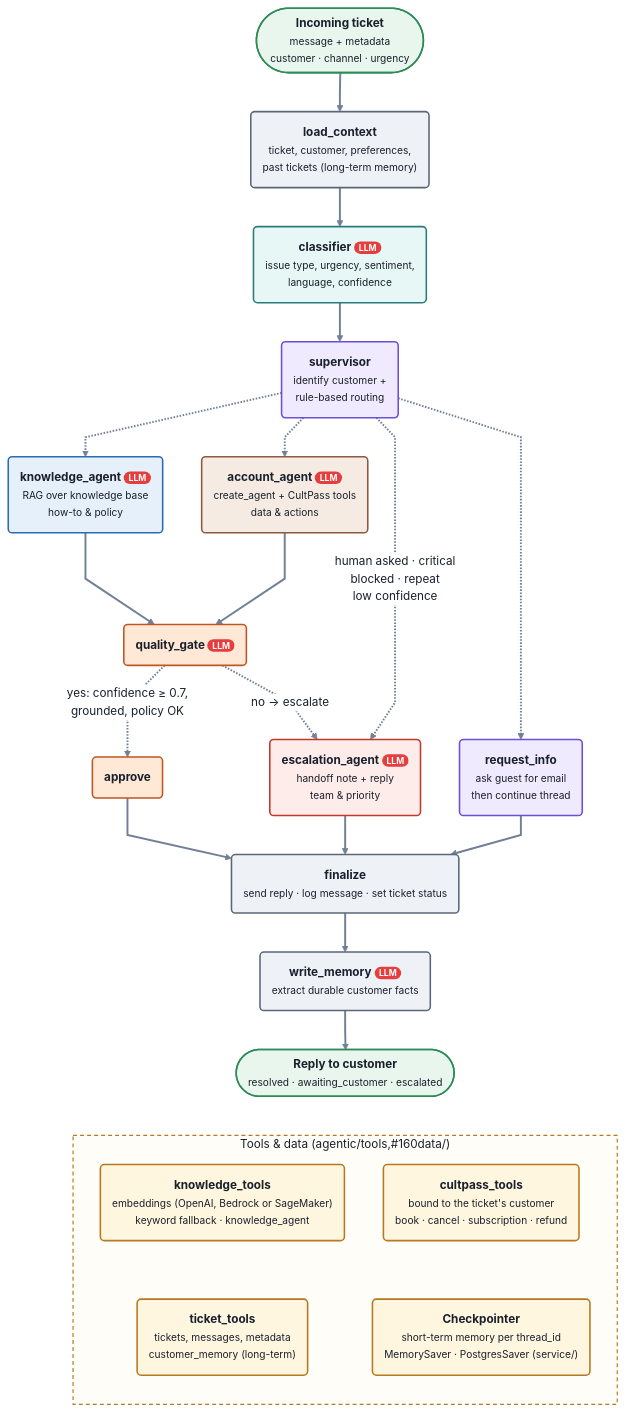
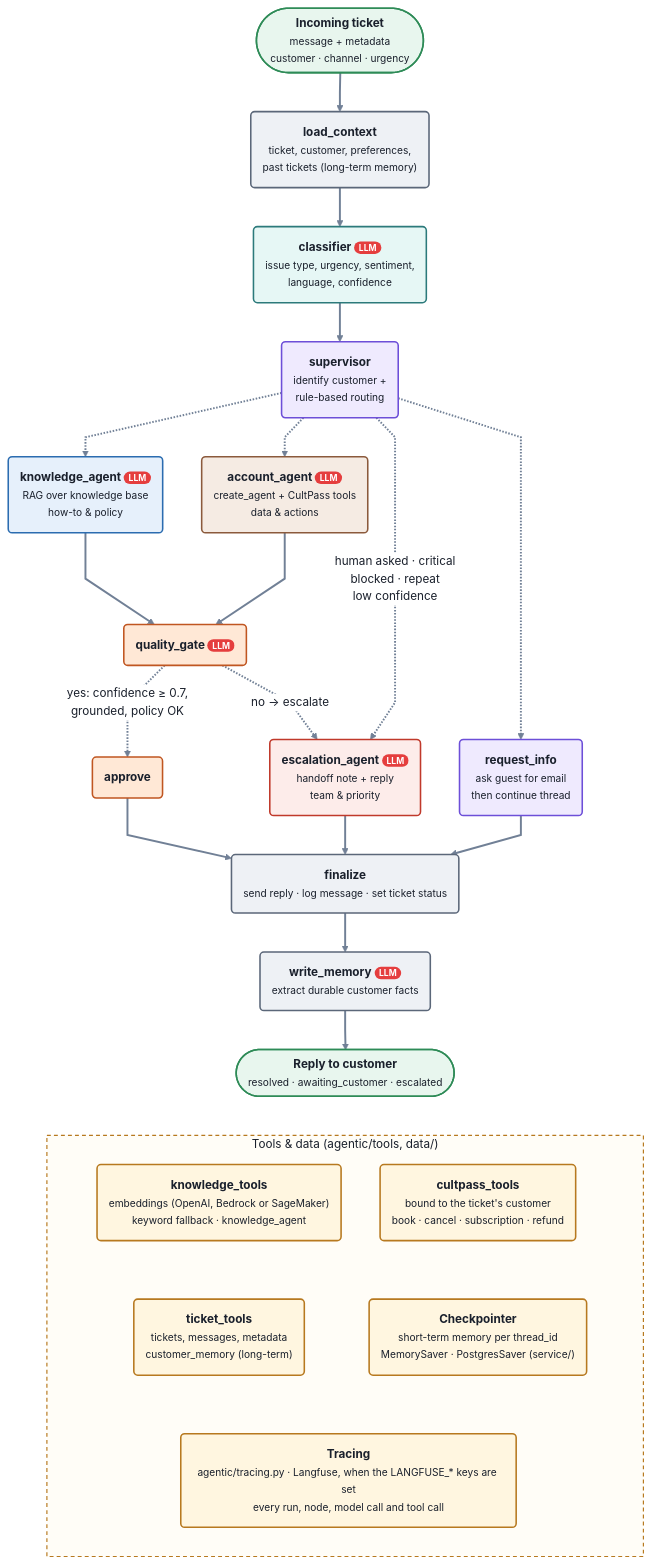
One commit to manish5593/uda-hub-multi-agent-bedrock changed the diagram in solution/agentic/design/workflow_graph.mmd. Above: the diagram before and after it, drawn with Mermaid. The commit also changed 5 other files, not shown here.

First line of the commit message:
Show Langfuse tracing in the diagrams and READMEs

```diff
--- a/solution/agentic/design/workflow_graph.mmd
+++ b/solution/agentic/design/workflow_graph.mmd
@@ -1,82 +1,85 @@
 ---
 config:
   theme: base
   themeVariables:
     primaryTextColor: "#1a202c"
     secondaryTextColor: "#1a202c"
     tertiaryTextColor: "#1a202c"
     textColor: "#1a202c"
     nodeTextColor: "#1a202c"
     lineColor: "#718096"
     edgeLabelBackground: "#ffffff"
     fontSize: "15px"
   flowchart:
     curve: linear
     wrappingWidth: 400
 ---
 %% UDA-Hub agent workflow: the same graph, layout, labels and colours as architecture.svg.
 %% Hand-written. The nodes and edges match agentic/workflow.py; check them against
 %% orchestrator.get_graph().draw_mermaid() when the graph changes.
 flowchart TD
     IN(["<span style='color:rgb(26,32,44)'>Incoming ticket<br/><small style='font-weight:normal;font-size:13px'>message + metadata<br/>customer · channel · urgency</small></span>"])
     load_context("<span style='color:rgb(26,32,44)'>load_context<br/><small style='font-weight:normal;font-size:13px'>ticket, customer, preferences,<br/>past tickets (long-term memory)</small></span>")
     classifier("<span style='color:rgb(26,32,44)'>classifier <b style='color:rgb(255,255,255);background-color:rgb(229,62,62);border-radius:8px;padding:1px 6px;font-size:11px'>LLM</b><br/><small style='font-weight:normal;font-size:13px'>issue type, urgency, sentiment,<br/>language, confidence</small></span>")
     supervisor("<span style='color:rgb(26,32,44)'>supervisor<br/><small style='font-weight:normal;font-size:13px'>identify customer +<br/>rule-based routing</small></span>")
     knowledge_agent("<span style='color:rgb(26,32,44)'>knowledge_agent <b style='color:rgb(255,255,255);background-color:rgb(229,62,62);border-radius:8px;padding:1px 6px;font-size:11px'>LLM</b><br/><small style='font-weight:normal;font-size:13px'>RAG over knowledge base<br/>how-to &amp; policy</small></span>")
     account_agent("<span style='color:rgb(26,32,44)'>account_agent <b style='color:rgb(255,255,255);background-color:rgb(229,62,62);border-radius:8px;padding:1px 6px;font-size:11px'>LLM</b><br/><small style='font-weight:normal;font-size:13px'>create_agent + CultPass tools<br/>data &amp; actions</small></span>")
     escalation_agent("<span style='color:rgb(26,32,44)'>escalation_agent <b style='color:rgb(255,255,255);background-color:rgb(229,62,62);border-radius:8px;padding:1px 6px;font-size:11px'>LLM</b><br/><small style='font-weight:normal;font-size:13px'>handoff note + reply<br/>team &amp; priority</small></span>")
     request_info("<span style='color:rgb(26,32,44)'>request_info<br/><small style='font-weight:normal;font-size:13px'>ask guest for email<br/>then continue thread</small></span>")
     quality_gate("<span style='color:rgb(26,32,44)'>quality_gate <b style='color:rgb(255,255,255);background-color:rgb(229,62,62);border-radius:8px;padding:1px 6px;font-size:11px'>LLM</b></span>")
     approve("<span style='color:rgb(26,32,44)'>approve</span>")
     finalize("<span style='color:rgb(26,32,44)'>finalize<br/><small style='font-weight:normal;font-size:13px'>send reply · log message · set ticket status</small></span>")
     write_memory("<span style='color:rgb(26,32,44)'>write_memory <b style='color:rgb(255,255,255);background-color:rgb(229,62,62);border-radius:8px;padding:1px 6px;font-size:11px'>LLM</b><br/><small style='font-weight:normal;font-size:13px'>extract durable customer facts</small></span>")
     OUT(["<span style='color:rgb(26,32,44)'>Reply to customer<br/><small style='font-weight:normal;font-size:13px'>resolved · awaiting_customer · escalated</small></span>"])
 
     IN --> load_context --> classifier --> supervisor
     supervisor -.-> knowledge_agent
     supervisor -.-> account_agent
     supervisor -.->|"<span style='color:rgb(26,32,44)'>human asked · critical<br/>blocked · repeat<br/>low confidence</span>"| escalation_agent
     supervisor -.-> request_info
     knowledge_agent --> quality_gate
     account_agent --> quality_gate
     quality_gate -.->|"<span style='color:rgb(26,32,44)'>yes: confidence ≥ 0.7,<br/>grounded, policy OK</span>"| approve
     quality_gate -.->|"<span style='color:rgb(26,32,44)'>no → escalate</span>"| escalation_agent
     approve --> finalize
     escalation_agent --> finalize
     request_info --> finalize
     finalize --> write_memory --> OUT
 
-    subgraph TOOLS ["<span style='color:rgb(26,32,44)'>Tools#160;&#160;data#160;(agentic/tools,#160;data/)</span>"]
+    subgraph TOOLS ["<span style='color:rgb(26,32,44)'>Tools &amp; data (agentic/tools, data/)</span>"]
         direction TB
         knowledge_tools("<span style='color:rgb(26,32,44)'>knowledge_tools<br/><small style='font-weight:normal;font-size:13px'>embeddings (OpenAI, Bedrock or SageMaker)<br/>keyword fallback · knowledge_agent</small></span>")
         cultpass_tools("<span style='color:rgb(26,32,44)'>cultpass_tools<br/><small style='font-weight:normal;font-size:13px'>bound to the ticket's customer<br/>book · cancel · subscription · refund</small></span>")
         ticket_tools("<span style='color:rgb(26,32,44)'>ticket_tools<br/><small style='font-weight:normal;font-size:13px'>tickets, messages, metadata<br/>customer_memory (long-term)</small></span>")
         checkpointer("<span style='color:rgb(26,32,44)'>Checkpointer<br/><small style='font-weight:normal;font-size:13px'>short-term memory per thread_id<br/>MemorySaver · PostgresSaver (service/)</small></span>")
+        tracing("<span style='color:rgb(26,32,44)'>Tracing<br/><small style='font-weight:normal;font-size:13px'>agentic/tracing.py · Langfuse, when the LANGFUSE_* keys are set<br/>every run, node, model call and tool call</small></span>")
         knowledge_tools ~~~ ticket_tools
         cultpass_tools ~~~ checkpointer
+        ticket_tools ~~~ tracing
+        checkpointer ~~~ tracing
     end
     OUT ~~~ TOOLS
 
     classDef default fill:#eef1f5,stroke:#5b6779,stroke-width:2px,color:#1a202c,font-weight:bold,font-size:15px
     classDef customer fill:#e8f6ee,stroke:#2e8b57,stroke-width:2px,color:#1a202c,font-weight:bold,font-size:15px
     classDef tools fill:#fff6e0,stroke:#b7791f,stroke-width:2px,color:#1a202c,font-weight:bold,font-size:15px
     classDef memory_agent fill:#eef1f5,stroke:#5b6779,stroke-width:2px,color:#1a202c,font-weight:bold,font-size:15px
     classDef classifier fill:#e6f7f5,stroke:#2c7a7b,stroke-width:2px,color:#1a202c,font-weight:bold,font-size:15px
     classDef supervisor fill:#efeafe,stroke:#6d4fd8,stroke-width:2px,color:#1a202c,font-weight:bold,font-size:15px
     classDef knowledge_agent fill:#e6f0fb,stroke:#2b6cb0,stroke-width:2px,color:#1a202c,font-weight:bold,font-size:15px
     classDef account_agent fill:#f5ebe3,stroke:#8b5a3c,stroke-width:2px,color:#1a202c,font-weight:bold,font-size:15px
     classDef quality_gate fill:#ffe8d6,stroke:#c05621,stroke-width:2px,color:#1a202c,font-weight:bold,font-size:15px
     classDef escalation_agent fill:#fdecea,stroke:#c0392b,stroke-width:2px,color:#1a202c,font-weight:bold,font-size:15px
     class IN,OUT customer
-    class knowledge_tools,cultpass_tools,ticket_tools,checkpointer tools
+    class knowledge_tools,cultpass_tools,ticket_tools,checkpointer,tracing tools
     class load_context,finalize,write_memory memory_agent
     class classifier classifier
     class supervisor,request_info supervisor
     class knowledge_agent knowledge_agent
     class account_agent account_agent
     class quality_gate,approve quality_gate
     class escalation_agent escalation_agent
     style TOOLS fill:#fffdf7,stroke:#b7791f,stroke-width:1.5px,stroke-dasharray:5 4,color:#1a202c
     linkStyle default stroke:#718096,stroke-width:2.5px
-    %% links 16-18 only position the tools panel (two by two, below the reply): keep them invisible
-    linkStyle 16,17,18 stroke:none
+    %% links 16-20 only position the tools panel (two by two, tracing below, all below the reply): keep them invisible
+    linkStyle 16,17,18,19,20 stroke:none
```
